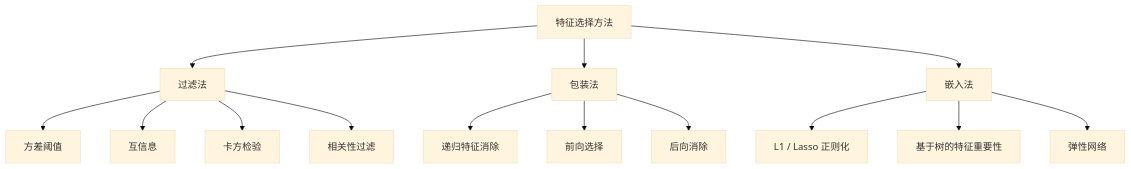
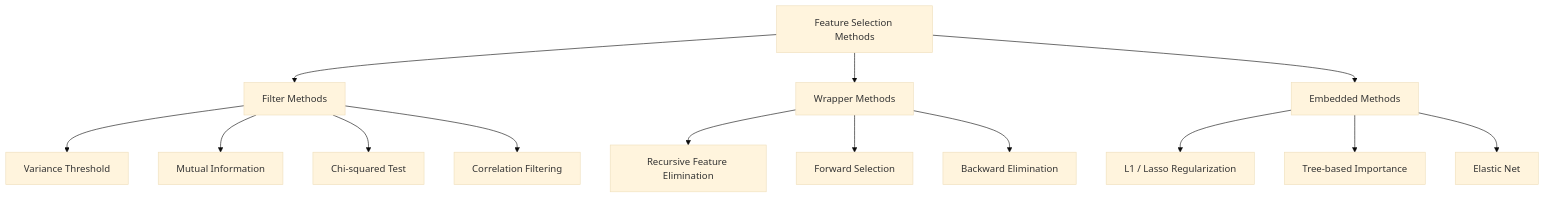
The first of 4 diagrams in i18n/zh/phases/02-ml-fundamentals/18-feature-selection/docs/zh.md (xiaojiaenen/ai-engineering-from-scratch-zh), drawn with Mermaid (base theme) before and after one commit. The commit also changed other lines of this file and 18 other files, not shown here.

````diff
--- a/i18n/zh/phases/02-ml-fundamentals/18-feature-selection/docs/zh.md
+++ b/i18n/zh/phases/02-ml-fundamentals/18-feature-selection/docs/zh.md
@@ -33,19 +33,19 @@
 ```mermaid
 flowchart TD
-    A[特征选择方法] --> B[过滤法]
-    A --> C[包装法]
-    A --> D[嵌入法]
+    A[Feature Selection Methods] --> B[Filter Methods]
+    A --> C[Wrapper Methods]
+    A --> D[Embedded Methods]
 
-    B --> B1["方差阈值"]
-    B --> B2["互信息"]
-    B --> B3["卡方检验"]
-    B --> B4["相关性过滤"]
+    B --> B1["Variance Threshold"]
+    B --> B2["Mutual Information"]
+    B --> B3["Chi-squared Test"]
+    B --> B4["Correlation Filtering"]
 
-    C --> C1["递归特征消除"]
-    C --> C2["前向选择"]
-    C --> C3["后向消除"]
+    C --> C1["Recursive Feature Elimination"]
+    C --> C2["Forward Selection"]
+    C --> C3["Backward Elimination"]
 
-    D --> D1["L1 / Lasso 正则化"]
-    D --> D2["基于树的特征重要性"]
-    D --> D3["弹性网络"]
+    D --> D1["L1 / Lasso Regularization"]
+    D --> D2["Tree-based Importance"]
+    D --> D3["Elastic Net"]
 ```
````
